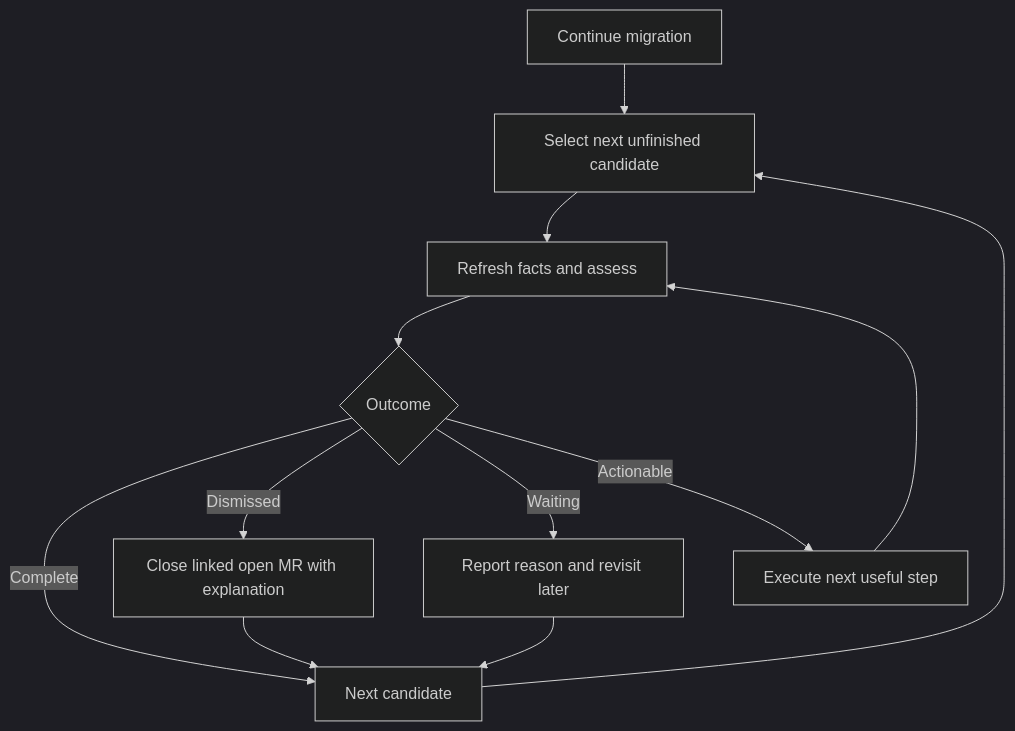
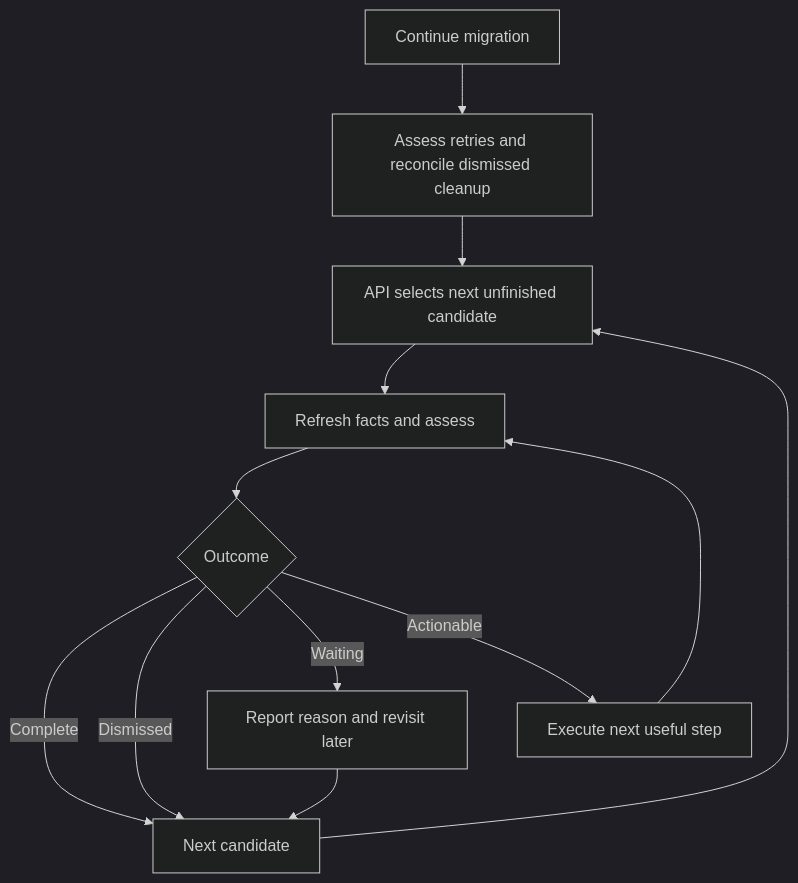
The first of 4 diagrams in docs/migration-workflow.md (omniboard-dev/mcp), drawn with Mermaid (dark theme) before and after one commit. The commit also changed other lines of this file and 12 other files, not shown here.

Commit message:
feat(runner): consume API-owned workflow and candidate selection

````diff
--- a/docs/migration-workflow.md
+++ b/docs/migration-workflow.md
@@ -30,14 +33,14 @@
 ```mermaid
 flowchart TD
-    Start[Continue migration] --> Select[Select next unfinished candidate]
+    Start[Continue migration] --> Maintain[Assess retries and reconcile dismissed cleanup]
+    Maintain --> Select[API selects next unfinished candidate]
     Select --> Assess[Refresh facts and assess]
     Assess --> Outcome{Outcome}
     Outcome -- Complete --> Next[Next candidate]
-    Outcome -- Dismissed --> Cleanup[Close linked open MR with explanation]
-    Cleanup --> Next
+    Outcome -- Dismissed --> Next
     Outcome -- Waiting --> Defer[Report reason and revisit later]
     Defer --> Next
     Outcome -- Actionable --> Execute[Execute next useful step]
     Execute --> Assess
     Next --> Select
 ```
````
